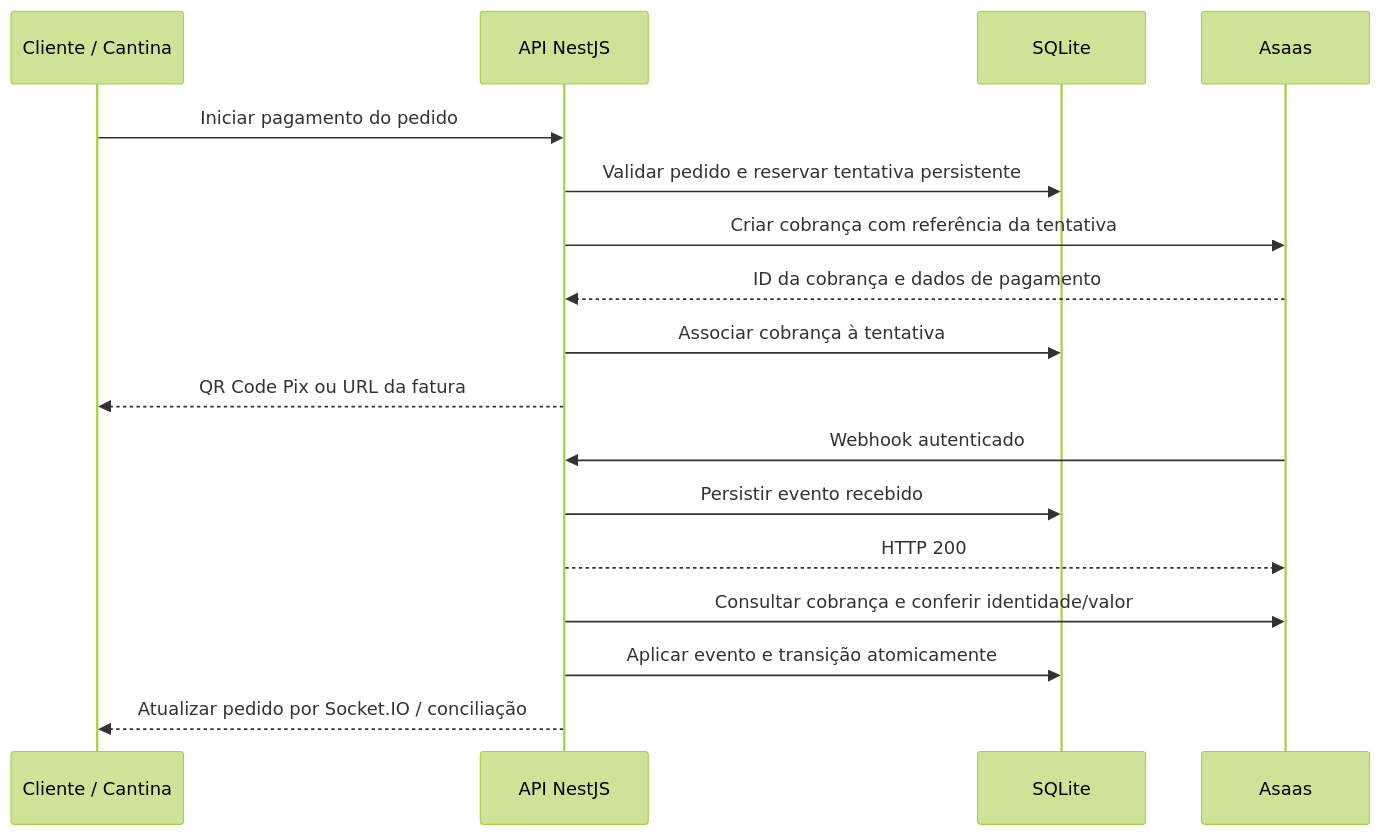
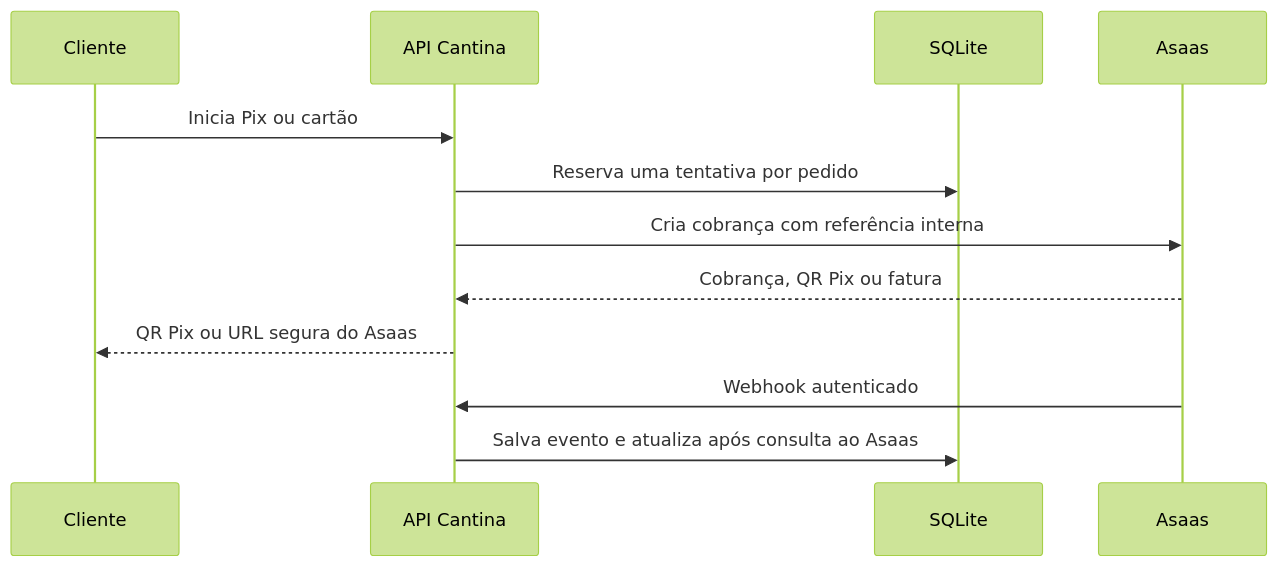
One commit to Giuseph66/Cantina changed the diagram in docs/MIGRACAO_MERCADO_PAGO_ASAAS.md. Above: the diagram before and after it, drawn with Mermaid (forest theme). The commit also changed other lines of this file and 15 other files, not shown here.

````diff
--- a/docs/MIGRACAO_MERCADO_PAGO_ASAAS.md
+++ b/docs/MIGRACAO_MERCADO_PAGO_ASAAS.md
@@ -94,19 +7,14 @@
 ```mermaid
 sequenceDiagram
-    participant C as Cliente / Cantina
-    participant A as API NestJS
+    participant C as Cliente
+    participant A as API Cantina
     participant D as SQLite
     participant P as Asaas
-    C->>A: Iniciar pagamento do pedido
-    A->>D: Validar pedido e reservar tentativa persistente
-    A->>P: Criar cobrança com referência da tentativa
-    P-->>A: ID da cobrança e dados de pagamento
-    A->>D: Associar cobrança à tentativa
-    A-->>C: QR Code Pix ou URL da fatura
+    C->>A: Inicia Pix ou cartão
+    A->>D: Reserva uma tentativa por pedido
+    A->>P: Cria cobrança com referência interna
+    P-->>A: Cobrança, QR Pix ou fatura
+    A-->>C: QR Pix ou URL segura do Asaas
     P->>A: Webhook autenticado
-    A->>D: Persistir evento recebido
-    A-->>P: HTTP 200
-    A->>P: Consultar cobrança e conferir identidade/valor
-    A->>D: Aplicar evento e transição atomicamente
-    A-->>C: Atualizar pedido por Socket.IO / conciliação
+    A->>D: Salva evento e atualiza após consulta ao Asaas
 ```
````
